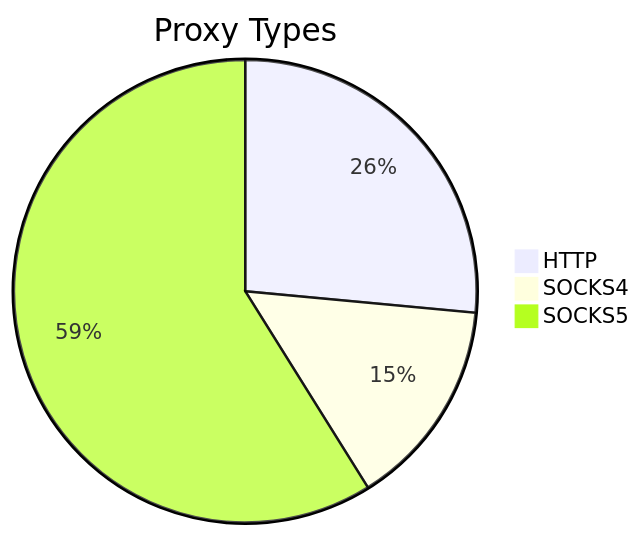
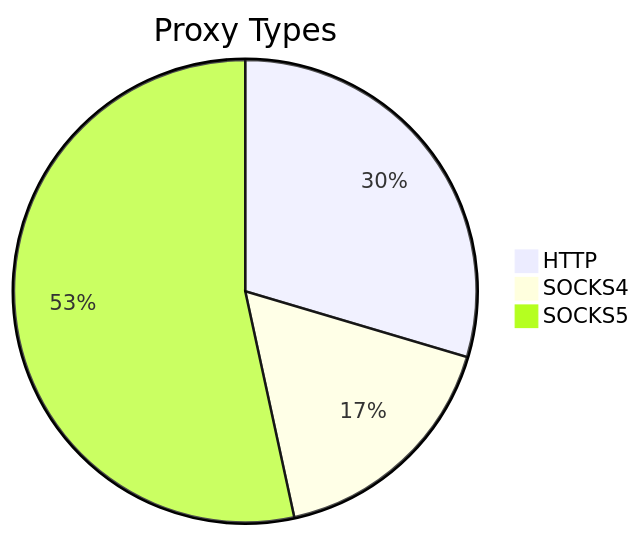
One commit to stormsia/proxy-list changed the first of 2 diagrams in README.md. Above: the diagram before and after it, drawn with Mermaid. The commit also changed other lines of this file, not shown here.

````diff
--- a/README.md
+++ b/README.md
@@ -21,6 +21,6 @@
 ```mermaid
 pie title Proxy Types
-    "HTTP" : 67
-    "SOCKS4" : 37
-    "SOCKS5" : 149
+    "HTTP" : 87
+    "SOCKS4" : 50
+    "SOCKS5" : 157
 ```
````
